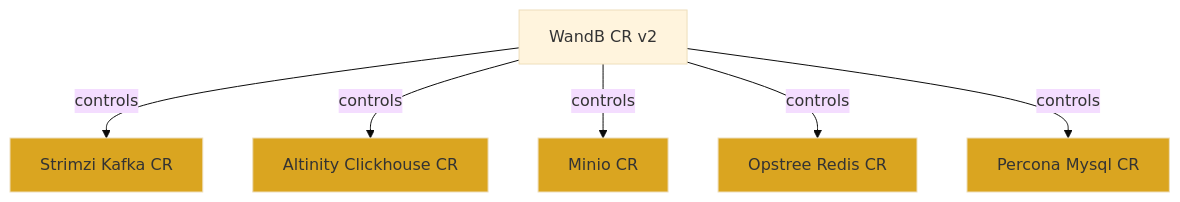
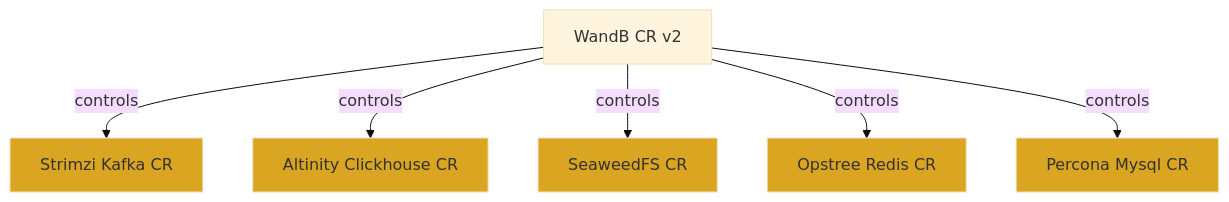
The first of 2 diagrams in docs/design/wandb_v2/infra_reconciliation.md (wandb/operator), drawn with Mermaid (base theme) before and after one commit. The commit also changed other lines of this file and 20 other files, not shown here.

````diff
--- a/docs/design/wandb_v2/infra_reconciliation.md
+++ b/docs/design/wandb_v2/infra_reconciliation.md
@@ -8,16 +8,16 @@
 ```mermaid
 graph TD
     WandB[WandB CR v2]
 
     WandB -->|controls| Kafka[Strimzi Kafka CR]
     WandB -->|controls| Clickhouse[Altinity Clickhouse CR]
-    WandB -->|controls| Minio[Minio CR]
+    WandB -->|controls| SeaweedFS[SeaweedFS CR]
     WandB -->|controls| Redis[Opstree Redis CR]
     WandB -->|controls| Mysql[Percona Mysql CR]
 
     style Kafka fill:#DAA520
     style Clickhouse fill:#DAA520
-    style Minio fill:#DAA520
+    style SeaweedFS fill:#DAA520
     style Redis fill:#DAA520
     style Mysql fill:#DAA520
 ```
````
